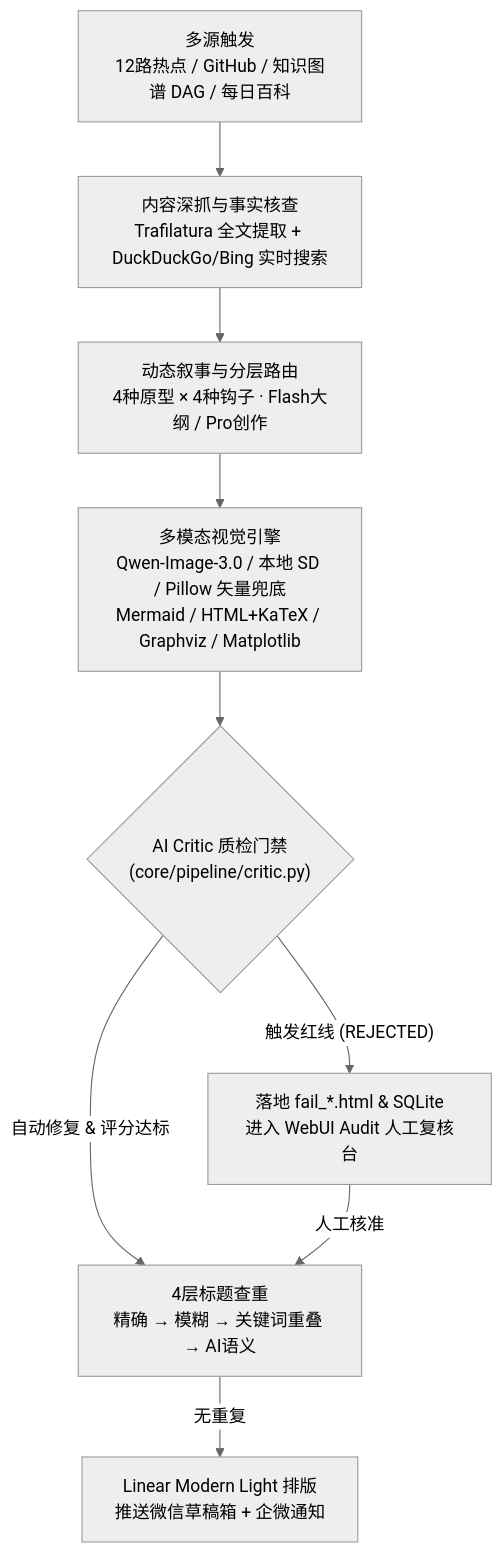
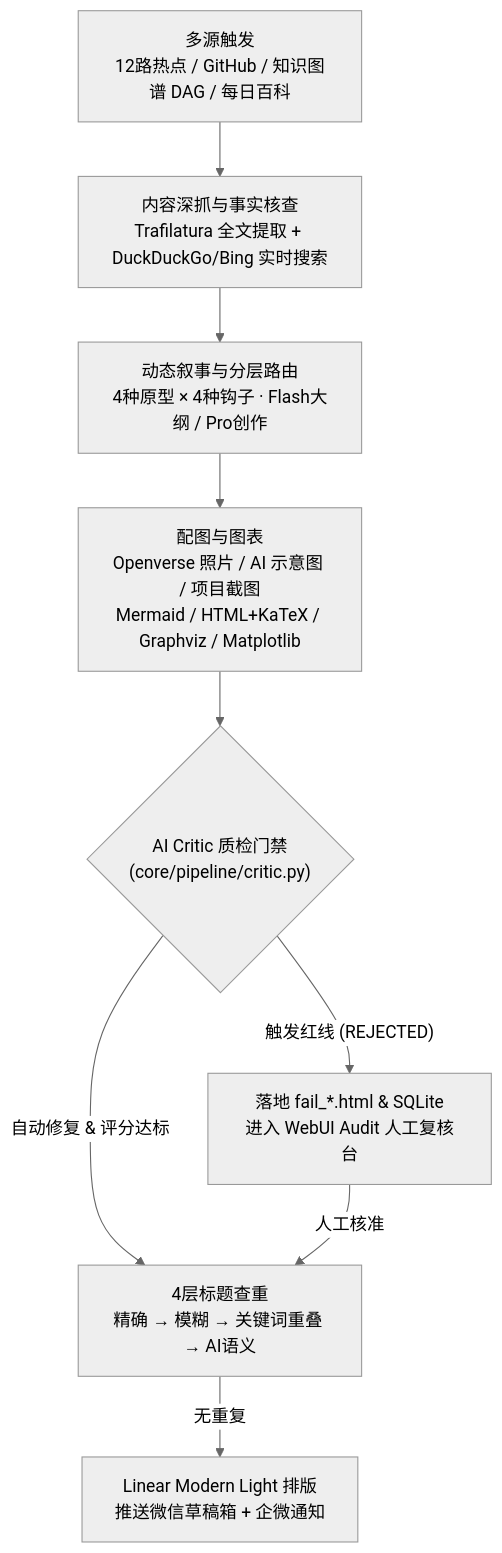
One commit to Chain813/wechat-automatic-publisher changed the diagram in README.md. Above: the diagram before and after it, drawn with Mermaid (neutral theme). The commit also changed other lines of this file and 34 other files, not shown here.

````diff
--- a/README.md
+++ b/README.md
@@ -54,11 +54,11 @@
 ```mermaid
 flowchart TD
     A["多源触发<br/>12路热点 / GitHub / 知识图谱 DAG / 每日百科"] --> B["内容深抓与事实核查<br/>Trafilatura 全文提取 + DuckDuckGo/Bing 实时搜索"]
     B --> C["动态叙事与分层路由<br/>4种原型 × 4种钩子 · Flash大纲 / Pro创作"]
-    C --> D["多模态视觉引擎<br/>Qwen-Image-3.0 / 本地 SD / Pillow 矢量兜底<br/>Mermaid / HTML+KaTeX / Graphviz / Matplotlib"]
+    C --> D["配图与图表<br/>Openverse 照片 / AI 示意图 / 项目截图<br/>Mermaid / HTML+KaTeX / Graphviz / Matplotlib"]
     D --> E{"AI Critic 质检门禁<br/>(core/pipeline/critic.py)"}
     E -- "自动修复 & 评分达标" --> F["4层标题查重<br/>精确 → 模糊 → 关键词重叠 → AI语义"]
     E -- "触发红线 (REJECTED)" --> G["落地 fail_*.html & SQLite<br/>进入 WebUI Audit 人工复核台"]
     G -- "人工核准" --> F
     F -- "无重复" --> H["Linear Modern Light 排版<br/>推送微信草稿箱 + 企微通知"]
 ```
````
